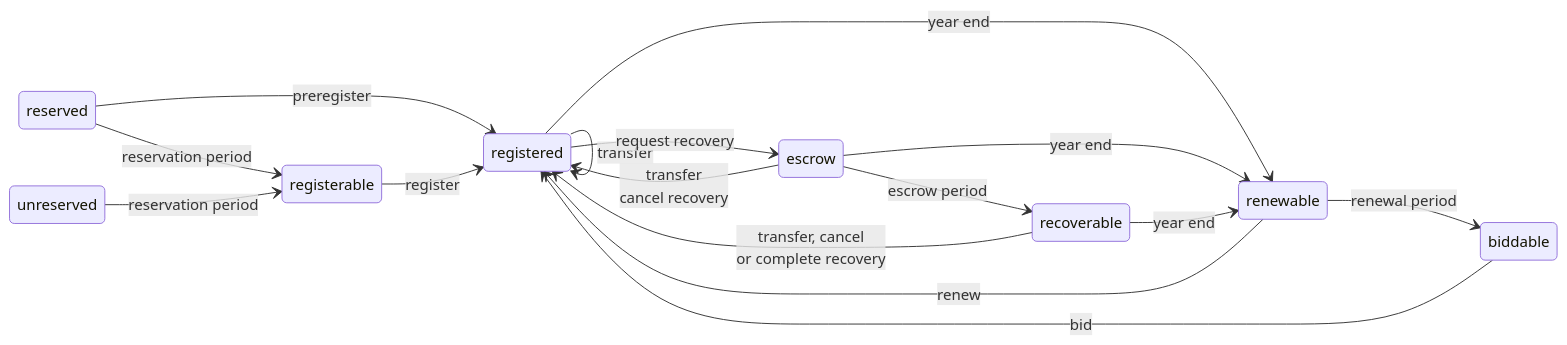
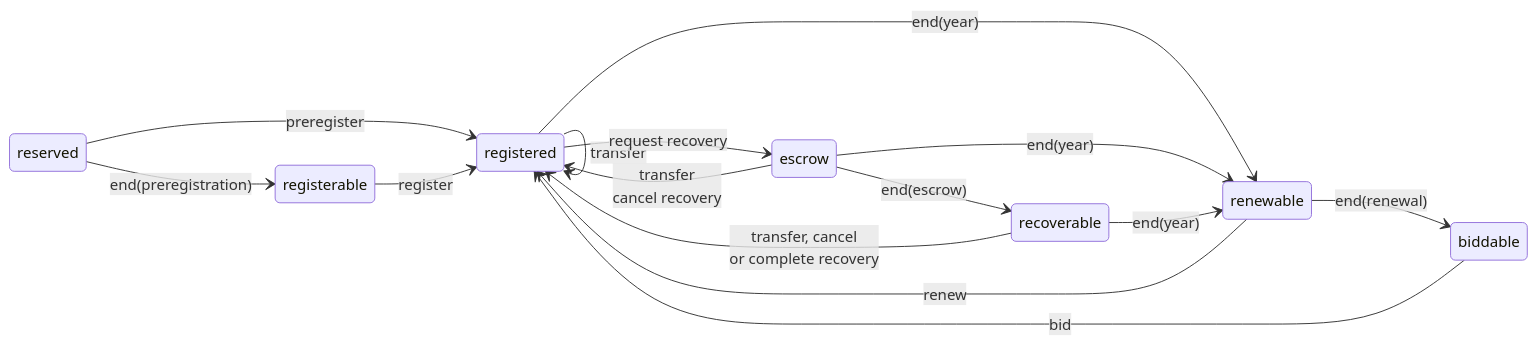
One commit to farcasterxyz/contracts changed the second of 2 diagrams in docs/docs.md. Above: the diagram before and after it, drawn with Mermaid. The commit also changed other lines of this file, not shown here.

Commit message:
docs: update docs to reflect new behavior

````diff
--- a/docs/docs.md
+++ b/docs/docs.md
@@ -76,19 +75,18 @@
 ```mermaid
     stateDiagram-v2
         direction LR
-        reserved --> registerable: reservation period
+        reserved --> registerable: end(preregistration)
         reserved --> registered: preregister
-        unreserved --> registerable: reservation period
         registerable --> registered: register
-        registered --> renewable: year end
-        renewable --> biddable: renewal period
+        registered --> renewable: end(year)
+        renewable --> biddable: end(renewal)
         biddable --> registered: bid
         registered --> registered: transfer
         registered --> escrow: request recovery
-        escrow --> recoverable: escrow period
-        escrow --> renewable: year end
+        escrow --> recoverable: end(escrow)
+        escrow --> renewable: end(year)
         recoverable --> registered: transfer, cancel <br>  or complete recovery
-        recoverable --> renewable: year end
+        recoverable --> renewable: end(year)
         renewable --> registered: renew
         escrow --> registered: transfer <br> cancel recovery
 ```
````
